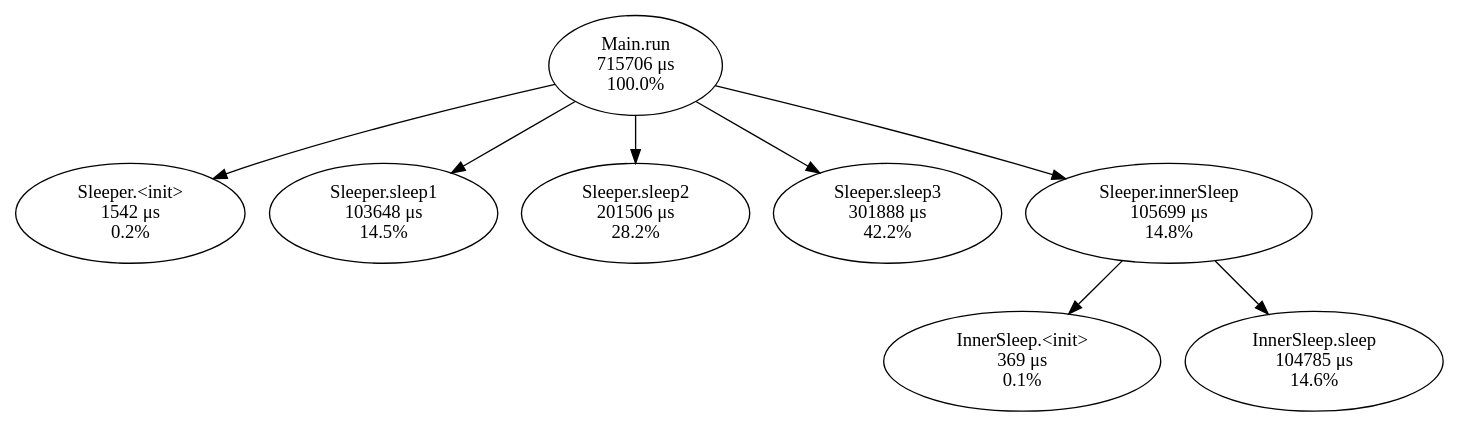
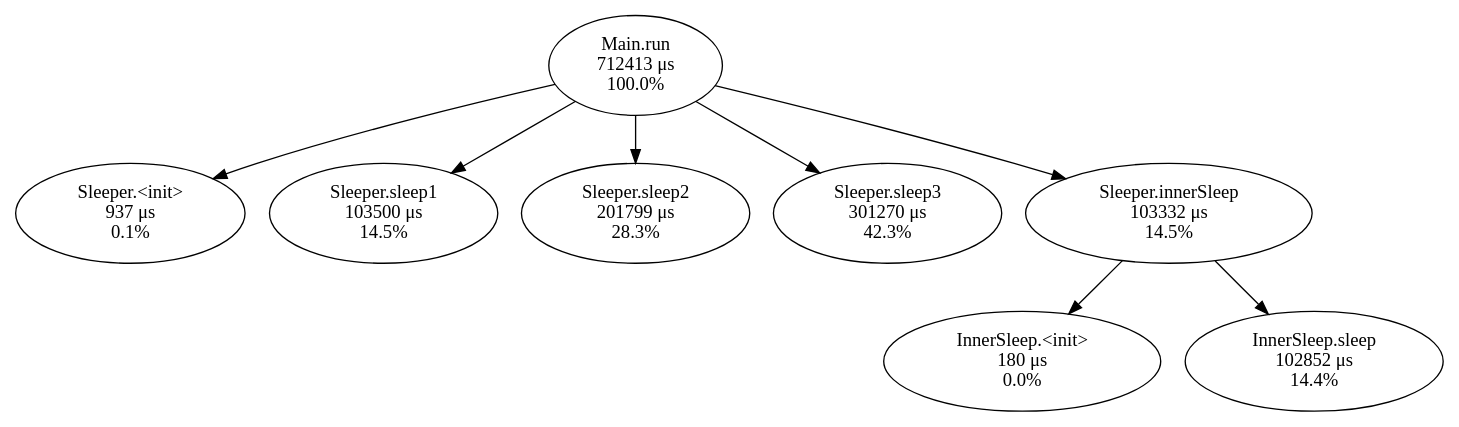
The diagram in hw07_AOP/src/main/resources/Main.dot (andrey-star/software-design), drawn with Graphviz before and after one commit. The commit also changed 17 other files, not shown here.

```diff
--- a/hw07_AOP/src/main/resources/Main.dot
+++ b/hw07_AOP/src/main/resources/Main.dot
@@ -1,33 +1,33 @@
 digraph G {
 	0 [label = "Main.run
-715706 μs
+712413 μs
 100.0%"]
 	1 [label = "Sleeper.<init>
-1542 μs
-0.2%"]
+937 μs
+0.1%"]
 	0 -> 1
 	2 [label = "Sleeper.sleep1
-103648 μs
+103500 μs
 14.5%"]
 	0 -> 2
 	3 [label = "Sleeper.sleep2
-201506 μs
-28.2%"]
+201799 μs
+28.3%"]
 	0 -> 3
 	4 [label = "Sleeper.sleep3
-301888 μs
-42.2%"]
+301270 μs
+42.3%"]
 	0 -> 4
 	5 [label = "Sleeper.innerSleep
-105699 μs
-14.8%"]
+103332 μs
+14.5%"]
 	0 -> 5
 	6 [label = "InnerSleep.<init>
-369 μs
-0.1%"]
+180 μs
+0.0%"]
 	5 -> 6
 	7 [label = "InnerSleep.sleep
-104785 μs
-14.6%"]
+102852 μs
+14.4%"]
 	5 -> 7
 }
```
